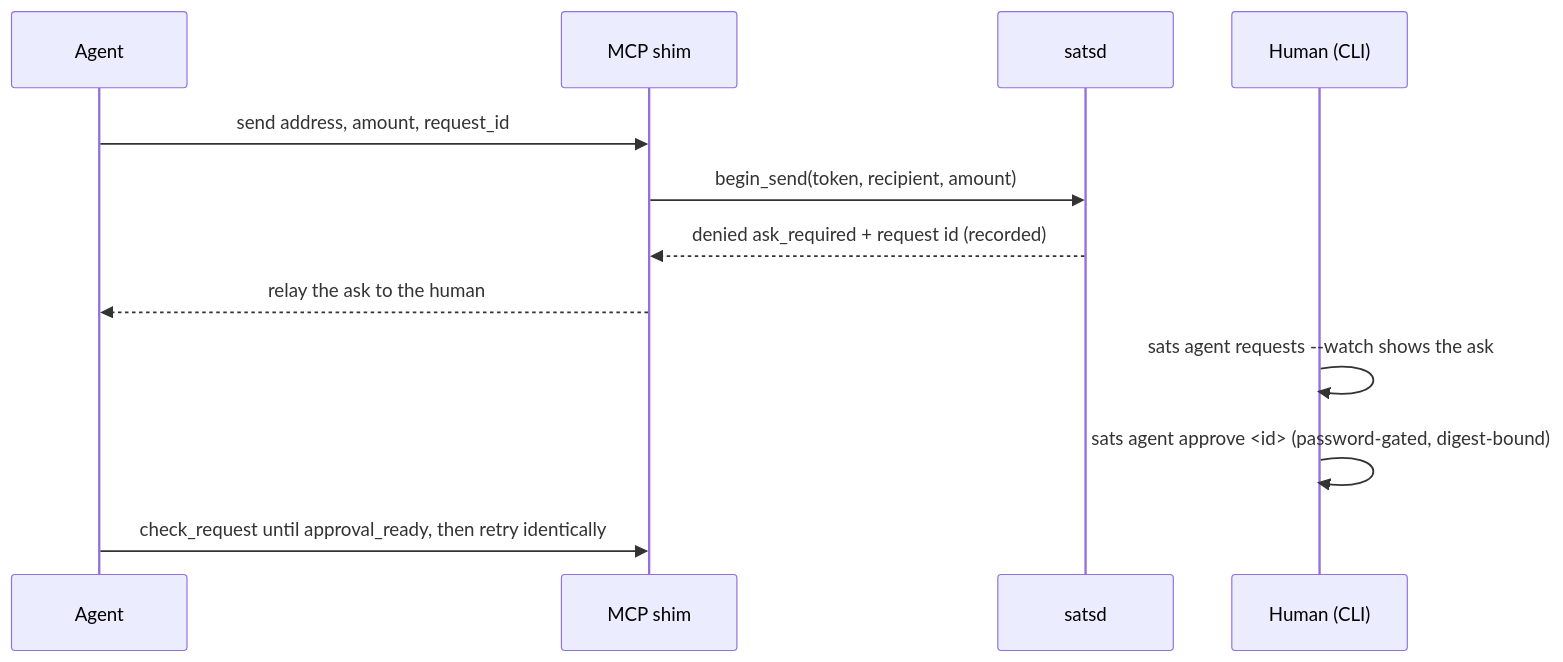
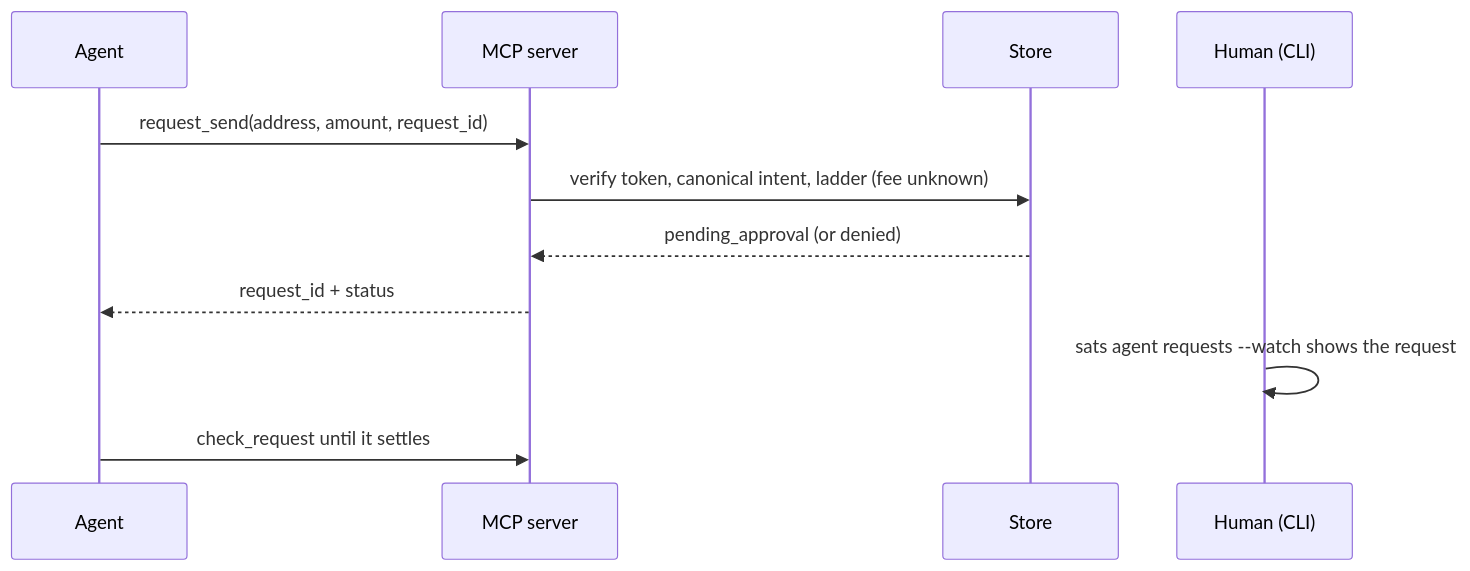
The third of 4 diagrams in docs/architecture.md (idemresearch/sats), drawn with Mermaid before and after one commit. The commit also changed other lines of this file and 46 other files, not shown here.

````diff
--- a/docs/architecture.md
+++ b/docs/architecture.md
@@ -182,14 +163,13 @@
 ```mermaid
 sequenceDiagram
     participant A as Agent
-    participant M as MCP shim
-    participant D as satsd
+    participant M as MCP server
+    participant S as Store
     participant H as Human (CLI)
-    A->>M: send address, amount, request_id
-    M->>D: begin_send(token, recipient, amount)
-    D-->>M: denied ask_required + request id (recorded)
-    M-->>A: relay the ask to the human
-    H->>H: sats agent requests --watch shows the ask
-    H->>H: sats agent approve <id> (password-gated, digest-bound)
-    A->>M: check_request until approval_ready, then retry identically
+    A->>M: request_send(address, amount, request_id)
+    M->>S: verify token, canonical intent, ladder (fee unknown)
+    S-->>M: pending_approval (or denied)
+    M-->>A: request_id + status
+    H->>H: sats agent requests --watch shows the request
+    A->>M: check_request until it settles
 ```
````
